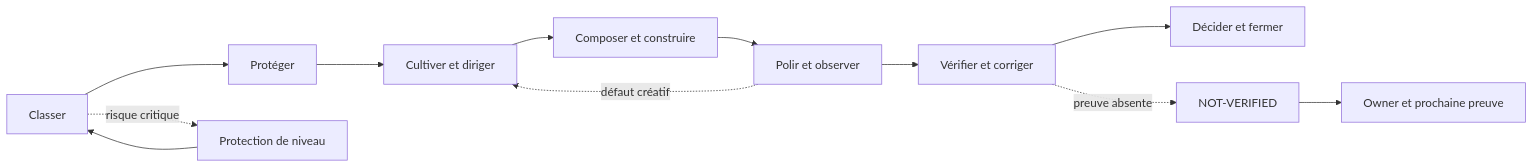
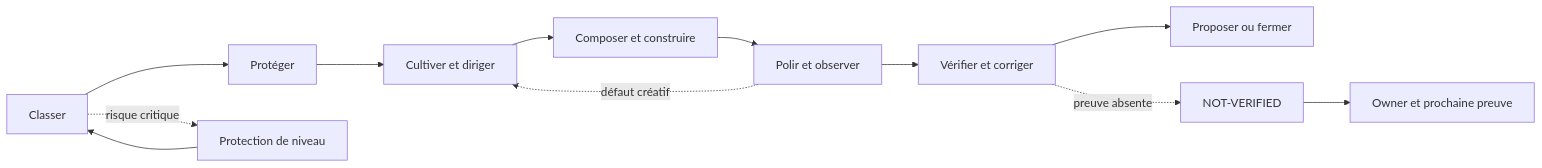
Before and after one commit to Palolo875/design-governance: the diagram in package/skills/design-governance-practice/references/flow.md, drawn with Mermaid. The commit also changed other lines of this file and 13 other files, not shown here.

````diff
--- a/package/skills/design-governance-practice/references/flow.md
+++ b/package/skills/design-governance-practice/references/flow.md
@@ -5,14 +5,14 @@
 ```mermaid
 flowchart LR
   A[Classer] --> B[Protéger]
   B --> C[Cultiver et diriger]
   C --> D[Composer et construire]
   D --> E[Polir et observer]
   E --> F[Vérifier et corriger]
-  F --> G[Décider et fermer]
+  F --> G[Proposer ou fermer]
   A -. risque critique .-> H[Protection de niveau]
   F -. preuve absente .-> I[NOT-VERIFIED]
   E -. défaut créatif .-> C
   H --> A
   I --> J[Owner et prochaine preuve]
 ```
````
